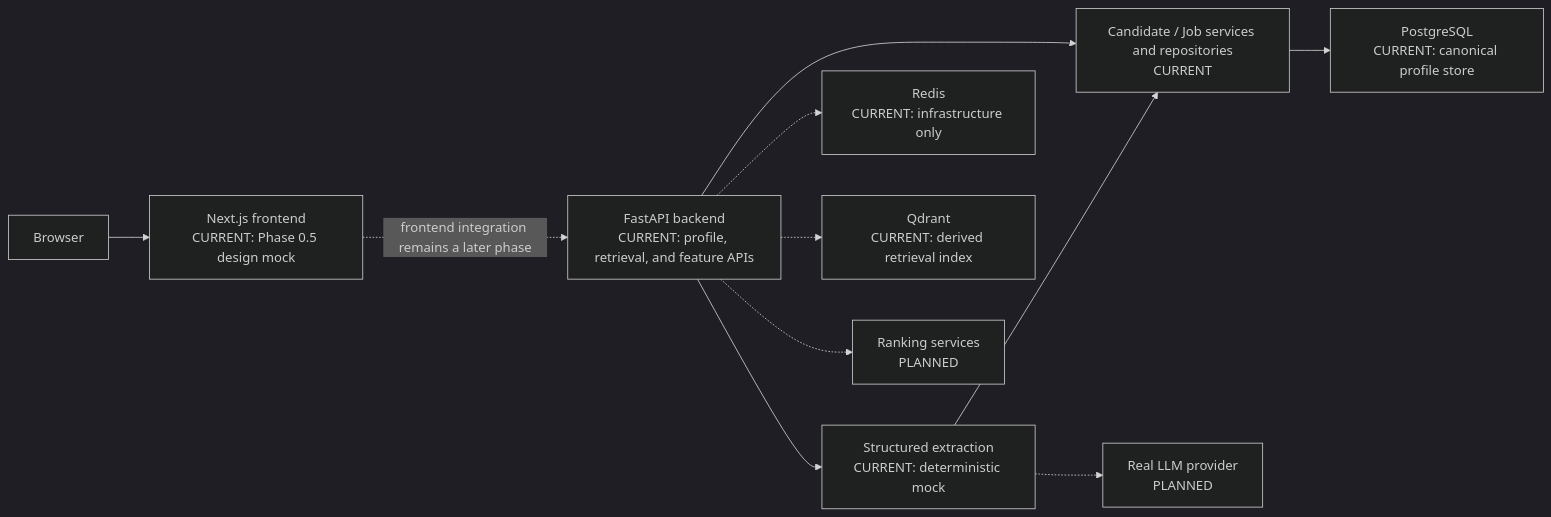
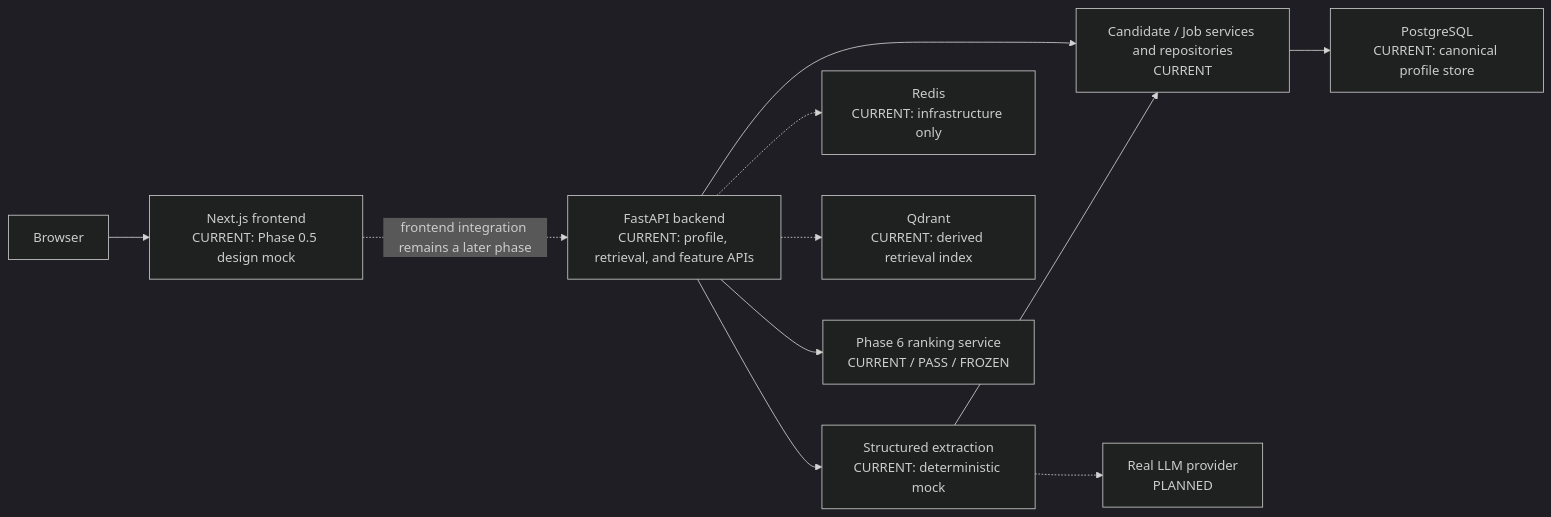
Before and after one commit to rM0on/peoplematch-agent: the second of 2 diagrams in README.md, drawn with Mermaid (dark theme). The commit also changed other lines of this file and 40 other files, not shown here.

````diff
--- a/README.md
+++ b/README.md
@@ -59,13 +59,13 @@
 ```mermaid
 flowchart LR
     Browser["Browser"] --> Web["Next.js frontend\nCURRENT: Phase 0.5 design mock"]
     Web -. "frontend integration remains a later phase" .-> API["FastAPI backend\nCURRENT: profile, retrieval, and feature APIs"]
     API --> Extract["Structured extraction\nCURRENT: deterministic mock"]
     Extract --> Domain["Candidate / Job services and repositories\nCURRENT"]
     API --> Domain
     Domain --> PG["PostgreSQL\nCURRENT: canonical profile store"]
     API -.-> Redis["Redis\nCURRENT: infrastructure only"]
     API -.-> Qdrant["Qdrant\nCURRENT: derived retrieval index"]
-    API -.-> Matching["Ranking services\nPLANNED"]
+    API --> Matching["Phase 6 ranking service\nCURRENT / PASS / FROZEN"]
     Extract -.-> AI["Real LLM provider\nPLANNED"]
 ```
````
